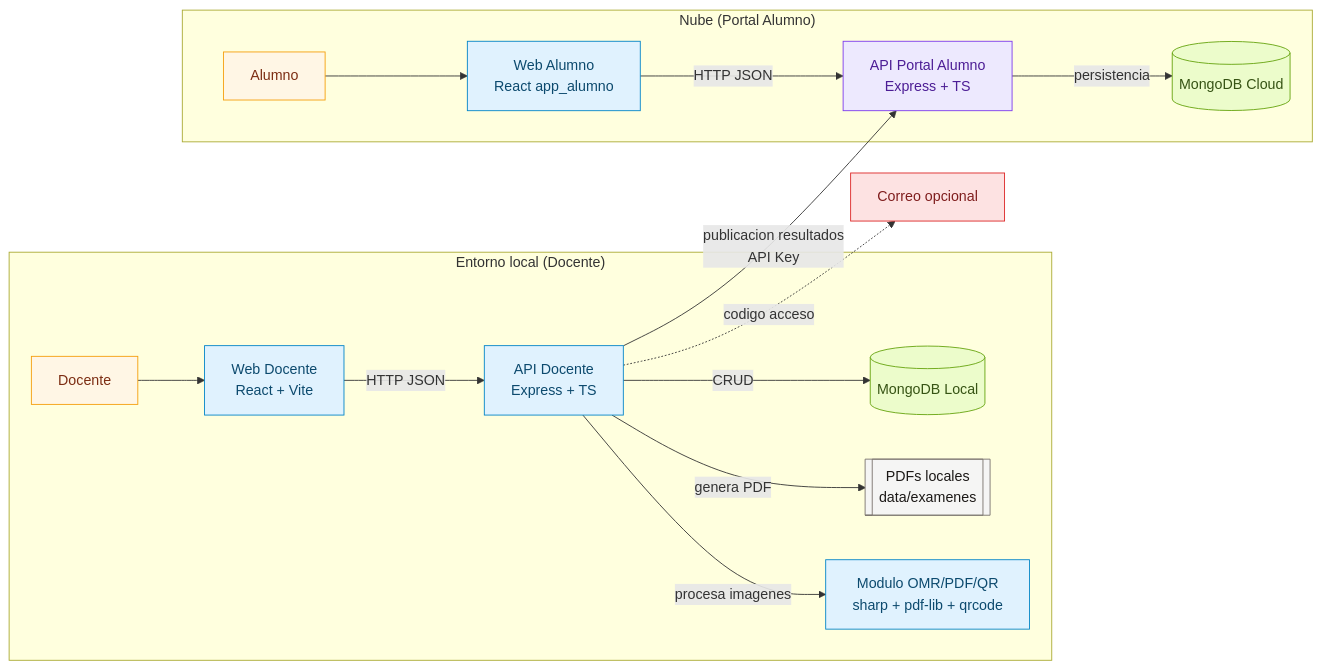
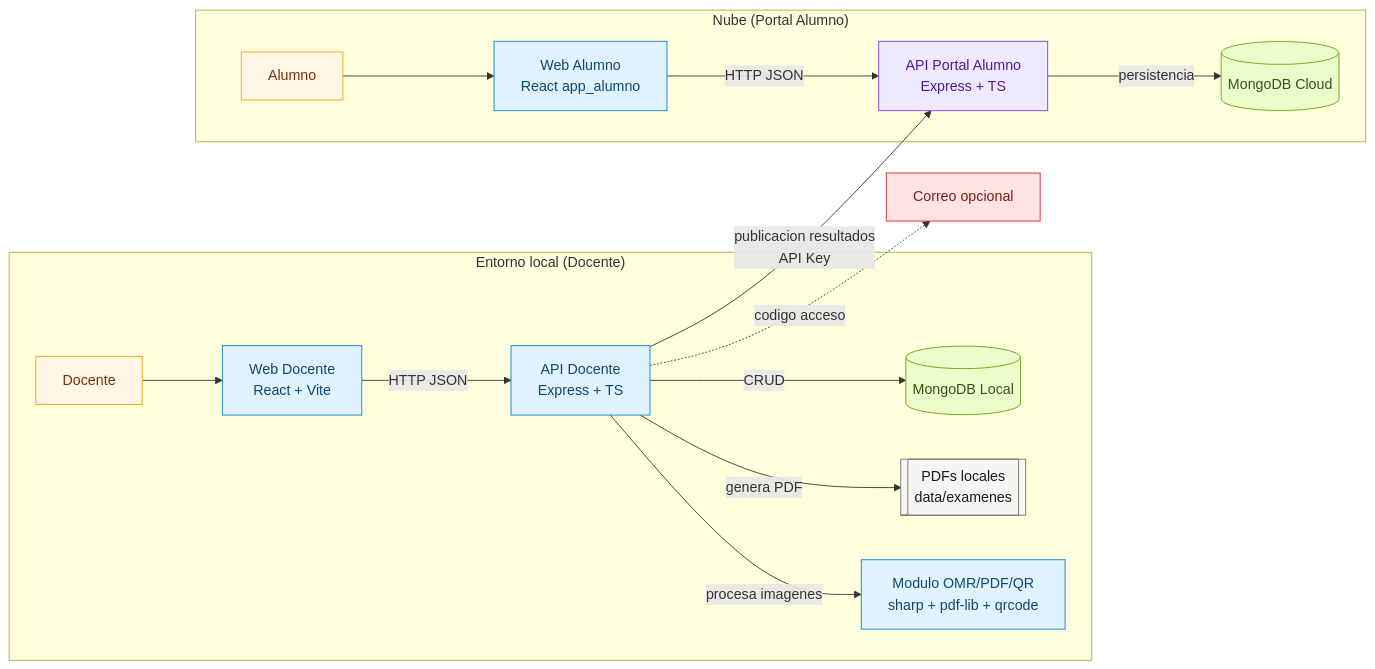
Before and after one commit to Dtcsrni/proyecto_MERN: the diagram in docs/diagramas/arquitectura-logica.mmd, drawn with Mermaid. The commit also changed 10 other files, not shown here.

Commit message:
feat: actualizar diagramas de arquitectura y secuencias para mejorar la claridad y consistencia

```diff
--- a/docs/diagramas/arquitectura-logica.mmd
+++ b/docs/diagramas/arquitectura-logica.mmd
@@ -1,38 +1,39 @@
+%%{init: {'flowchart': {'curve': 'basis', 'nodeSpacing': 50, 'rankSpacing': 60}}}%%
 flowchart LR
   classDef user fill:#fff6e5,stroke:#f59e0b,color:#7c2d12;
   classDef svc fill:#e0f2fe,stroke:#0284c7,color:#0c4a6e;
   classDef db fill:#ecfccb,stroke:#65a30d,color:#365314;
   classDef store fill:#f5f5f4,stroke:#78716c,color:#1c1917;
   classDef cloud fill:#ede9fe,stroke:#7c3aed,color:#4c1d95;
   classDef ext fill:#fde2e2,stroke:#dc2626,color:#7f1d1d;
 
   subgraph Local["Entorno local (Docente)"]
     userDoc[Docente]:::user
     webDoc[Web Docente<br/>React + Vite]:::svc
     apiDoc[API Docente<br/>Express + TS]:::svc
     mongo[(MongoDB Local)]:::db
     pdfStore[[PDFs locales<br/>data/examenes]]:::store
     omr[Modulo OMR/PDF/QR<br/>sharp + pdf-lib + qrcode]:::svc
   end
 
   subgraph Cloud["Nube (Portal Alumno)"]
     userAlu[Alumno]:::user
     webAlu[Web Alumno<br/>React app_alumno]:::svc
     apiPortal[API Portal Alumno<br/>Express + TS]:::cloud
     mongoCloud[(MongoDB Cloud)]:::db
   end
 
   userDoc --> webDoc
   webDoc -->|HTTP JSON| apiDoc
   apiDoc -->|CRUD| mongo
   apiDoc -->|genera PDF| pdfStore
   apiDoc -->|procesa imagenes| omr
 
   apiDoc -->|publicacion resultados<br/>API Key| apiPortal
   apiPortal -->|persistencia| mongoCloud
 
   userAlu --> webAlu
   webAlu -->|HTTP JSON| apiPortal
 
   extMail[Correo opcional]:::ext
   apiDoc -.->|codigo acceso| extMail
```
